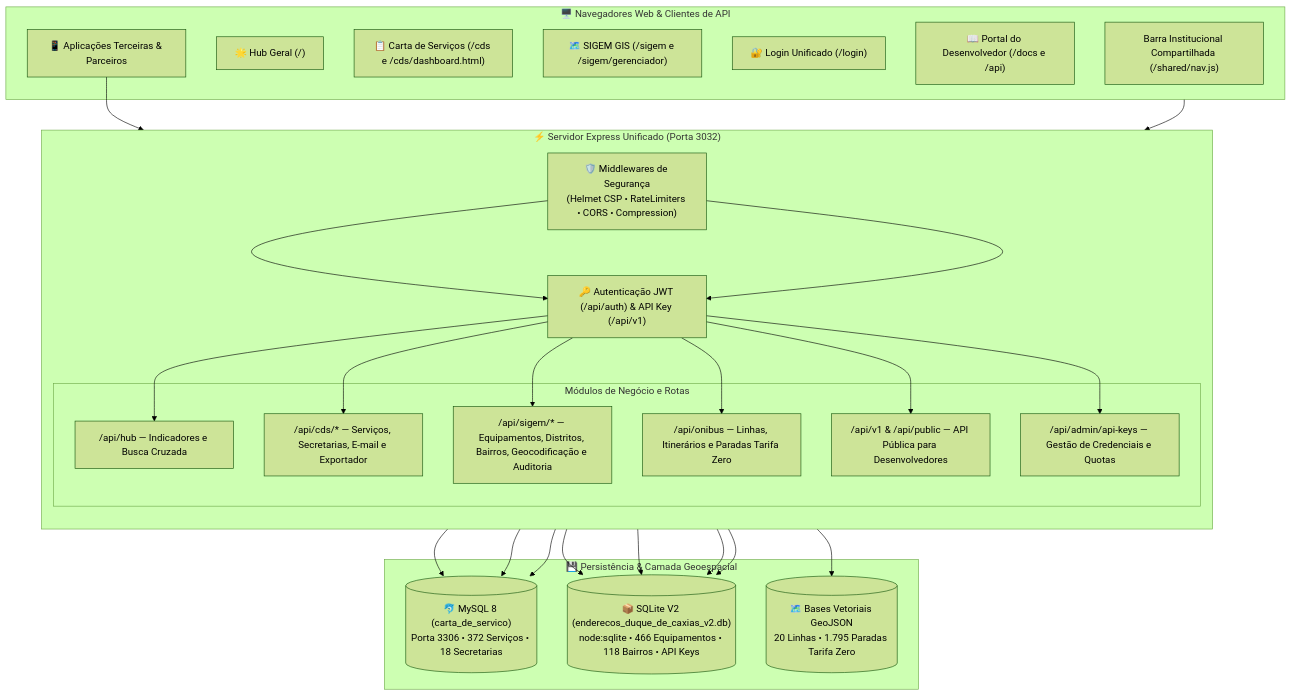
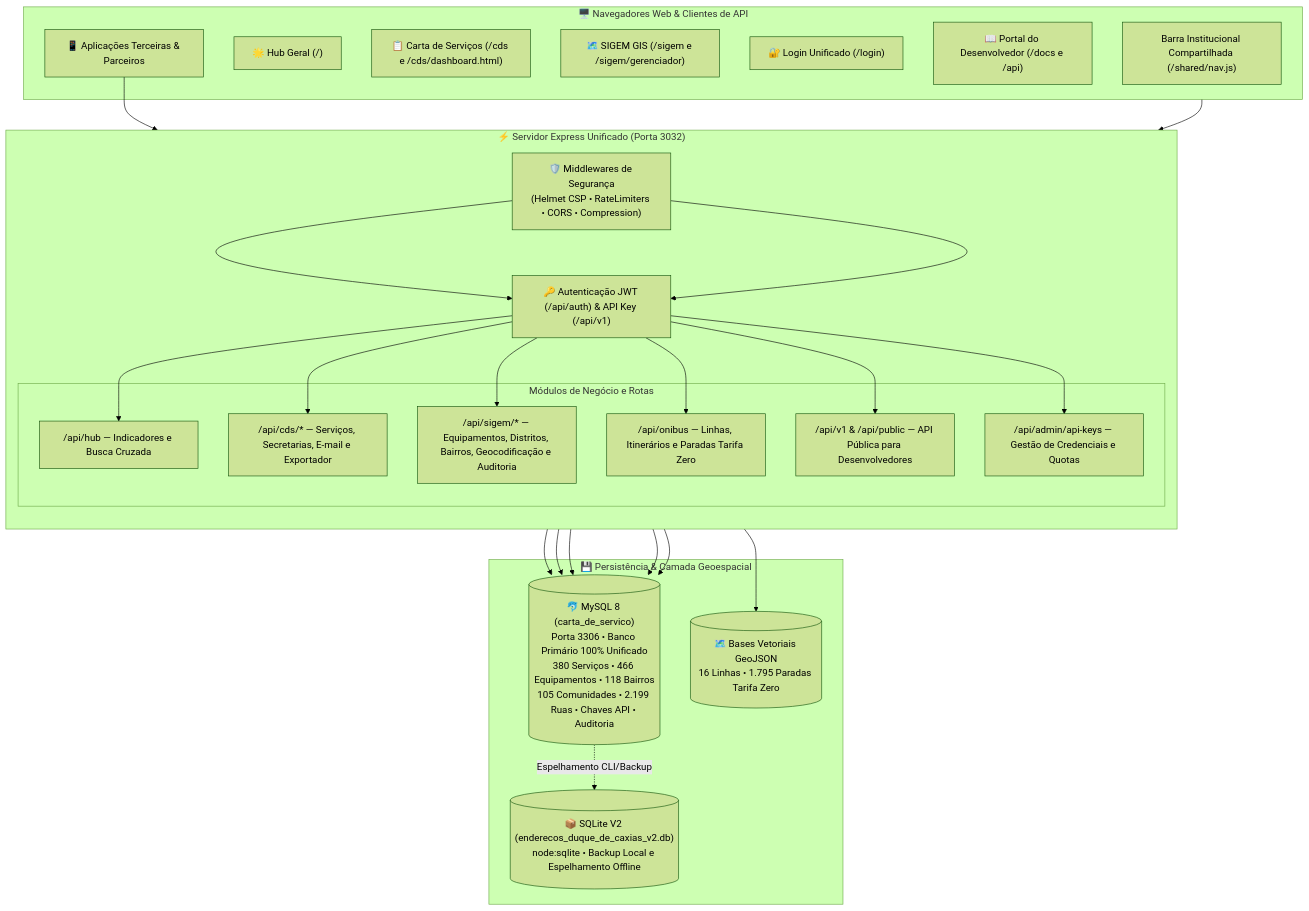
One commit to ouvidoriag/gse changed the diagram in docs/arquitetura_atual.md. Above: the diagram before and after it, drawn with Mermaid (forest theme). The commit also changed other lines of this file and 67 other files, not shown here.

````diff
--- a/docs/arquitetura_atual.md
+++ b/docs/arquitetura_atual.md
@@ -13,52 +13,51 @@
 ```mermaid
 flowchart TD
     subgraph CLIENT["🖥️ Navegadores Web & Clientes de API"]
         TopNav["Barra Institucional Compartilhada (/shared/nav.js)"]
         HubView["🌟 Hub Geral (/)"]
         CDSView["📋 Carta de Serviços (/cds e /cds/dashboard.html)"]
         SIGEMView["🗺️ SIGEM GIS (/sigem e /sigem/gerenciador)"]
         LoginView["🔐 Login Unificado (/login)"]
         DocsView["📖 Portal do Desenvolvedor (/docs e /api)"]
         ExternalApps["📱 Aplicações Terceiras & Parceiros"]
     end
 
     subgraph BACKEND["⚡ Servidor Express Unificado (Porta 3032)"]
         direction TB
         MW_Sec["🛡️ Middlewares de Segurança<br>(Helmet CSP • RateLimiters • CORS • Compression)"]
         MW_Auth["🔑 Autenticação JWT (/api/auth) & API Key (/api/v1)"]
         
         subgraph ROUTERS["Módulos de Negócio e Rotas"]
             R_Hub["/api/hub — Indicadores e Busca Cruzada"]
             R_CDS["/api/cds/* — Serviços, Secretarias, E-mail e Exportador"]
             R_SIGEM["/api/sigem/* — Equipamentos, Distritos, Bairros, Geocodificação e Auditoria"]
             R_Onibus["/api/onibus — Linhas, Itinerários e Paradas Tarifa Zero"]
             R_ExtAPI["/api/v1 & /api/public — API Pública para Desenvolvedores"]
             R_Keys["/api/admin/api-keys — Gestão de Credenciais e Quotas"]
         end
     end
 
     subgraph STORAGE["💾 Persistência & Camada Geoespacial"]
-        MySQL_DB[("🐬 MySQL 8 (carta_de_servico)<br>Porta 3306 • 372 Serviços • 18 Secretarias")]
-        SQLite_DB[("📦 SQLite V2 (enderecos_duque_de_caxias_v2.db)<br>node:sqlite • 466 Equipamentos • 118 Bairros • API Keys")]
-        GeoJSON_Data[("🗺️ Bases Vetoriais GeoJSON<br>20 Linhas • 1.795 Paradas Tarifa Zero")]
+        MySQL_DB[("🐬 MySQL 8 (carta_de_servico)<br>Porta 3306 • Banco Primário 100% Unificado<br>380 Serviços • 466 Equipamentos • 118 Bairros<br>105 Comunidades • 2.199 Ruas • Chaves API • Auditoria")]
+        SQLite_DB[("📦 SQLite V2 (enderecos_duque_de_caxias_v2.db)<br>node:sqlite • Backup Local e Espelhamento Offline")]
+        GeoJSON_Data[("🗺️ Bases Vetoriais GeoJSON<br>16 Linhas • 1.795 Paradas Tarifa Zero")]
     end
 
     CLIENT --> MW_Sec --> MW_Auth
     ExternalApps --> MW_Sec --> MW_Auth
 
     MW_Auth --> R_Hub
     MW_Auth --> R_CDS
     MW_Auth --> R_SIGEM
     MW_Auth --> R_Onibus
     MW_Auth --> R_ExtAPI
     MW_Auth --> R_Keys
 
     R_Hub --> MySQL_DB
-    R_Hub --> SQLite_DB
     R_CDS --> MySQL_DB
-    R_SIGEM --> SQLite_DB
+    R_SIGEM --> MySQL_DB
     R_Onibus --> GeoJSON_Data
     R_ExtAPI --> MySQL_DB
-    R_ExtAPI --> SQLite_DB
-    R_Keys --> SQLite_DB
+    R_Keys --> MySQL_DB
+    MySQL_DB -.->|Espelhamento CLI/Backup| SQLite_DB
 ```
````
